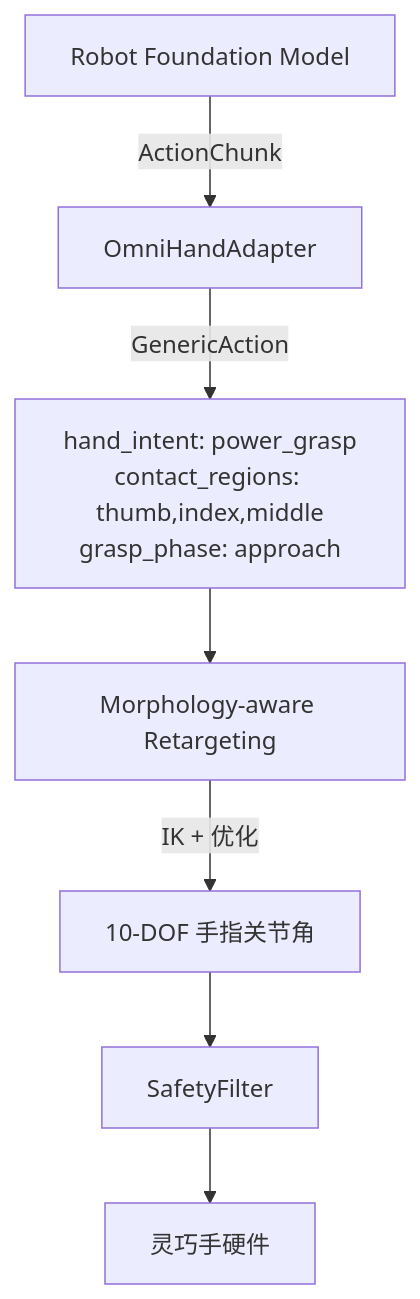
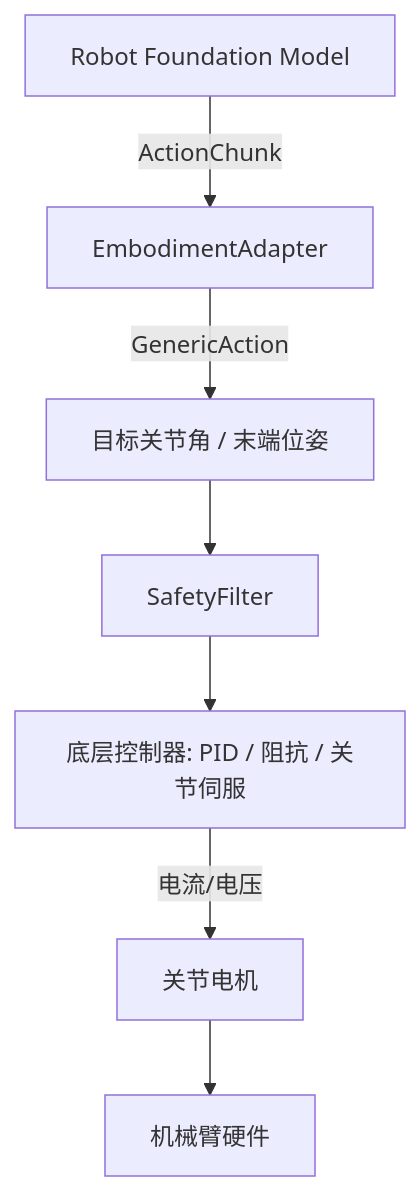
Before and after one commit to Dld0621/Embodied-AI-Zero-to-Hero: the fifth of 5 diagrams in docs/25-cross-embodiment-adaptation.md, drawn with Mermaid. The commit also changed other lines of this file and 29 other files, not shown here.

````diff
--- a/docs/25-cross-embodiment-adaptation.md
+++ b/docs/25-cross-embodiment-adaptation.md
@@ -388,9 +389,9 @@
 ```mermaid
 graph TD
-    RFM[Robot Foundation Model] -->|ActionChunk| ADAPT[OmniHandAdapter]
-    ADAPT -->|GenericAction| INT[hand_intent: power_grasp<br/>contact_regions: thumb,index,middle<br/>grasp_phase: approach]
-    INT --> RET[Morphology-aware Retargeting]
-    RET -->|IK + 优化| JOINTS[10-DOF 手指关节角]
-    JOINTS --> SAFETY[SafetyFilter]
-    SAFETY --> ROBOT[灵巧手硬件]
+    RFM[Robot Foundation Model] -->|ActionChunk| ADAPT[EmbodimentAdapter]
+    ADAPT -->|GenericAction| CMD[目标关节角 / 末端位姿]
+    CMD --> SAFETY[SafetyFilter]
+    SAFETY --> CTRL[底层控制器: PID / 阻抗 / 关节伺服]
+    CTRL -->|电流/电压| JOINTS[关节电机]
+    JOINTS --> ROBOT[机械臂硬件]
 ```
````
